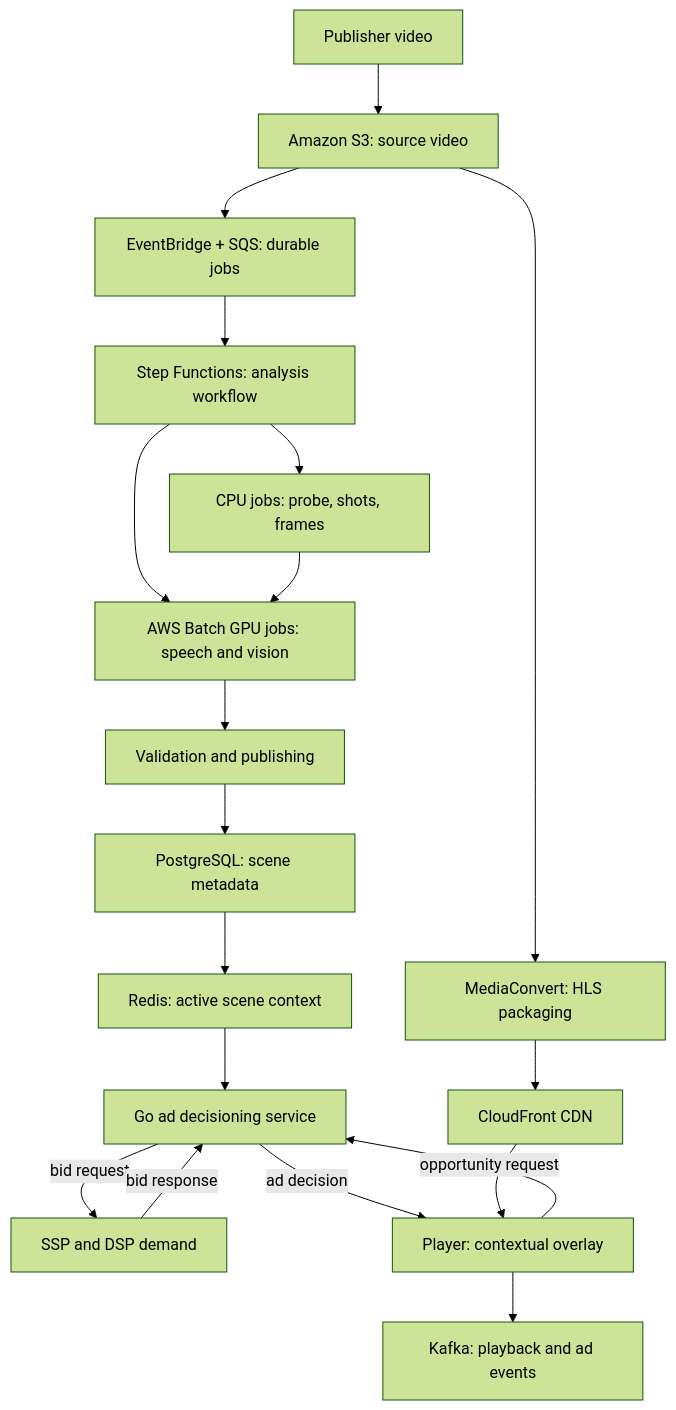
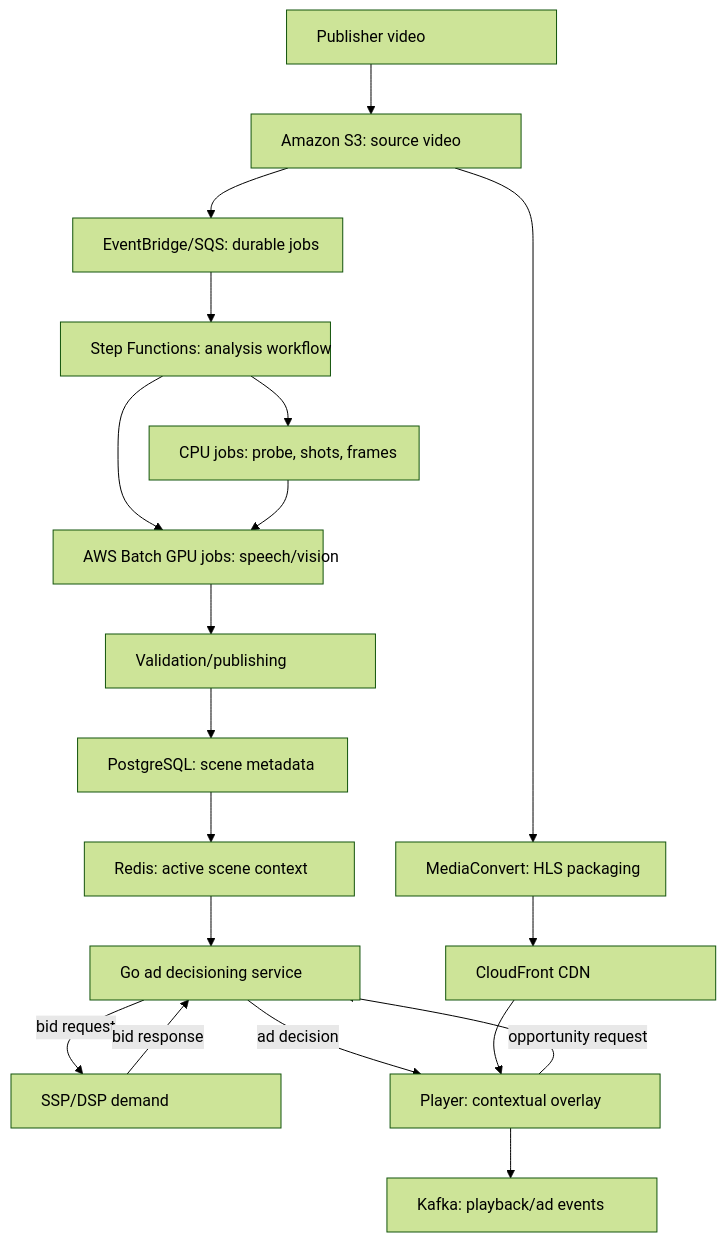
One commit to rayning0/scenebid changed the second of 3 diagrams in README.md. Above: the diagram before and after it, drawn with Mermaid (forest theme). The commit also changed other lines of this file, not shown here.

Commit message:
Make flowchart rectangles wider. Couldn't see text fully in architecture diagrams.

````diff
--- a/README.md
+++ b/README.md
@@ -339,21 +342,24 @@
 ```mermaid
+%%{init: {"flowchart": {"wrappingWidth": 270}}}%%
 flowchart TD
+    classDef wide width:270px;
     P["Publisher video"] --> S["Amazon S3: source video"]
-    S --> Q["EventBridge + SQS: durable jobs"]
+    S --> Q["EventBridge/SQS: durable jobs"]
     Q --> W["Step Functions: analysis workflow"]
     W --> CPU["CPU jobs: probe, shots, frames"]
-    W --> G["AWS Batch GPU jobs: speech and vision"]
+    W --> G["AWS Batch GPU jobs: speech/vision"]
     CPU --> G
-    G --> V["Validation and publishing"]
+    G --> V["Validation/publishing"]
     V --> D["PostgreSQL: scene metadata"]
     D --> R["Redis: active scene context"]
     R --> A["Go ad decisioning service"]
-    A -->|bid request| B["SSP and DSP demand"]
+    A -->|bid request| B["SSP/DSP demand"]
     B -->|bid response| A
     PLAYER["Player: contextual overlay"] -->|opportunity request| A
     A -->|ad decision| PLAYER
     S --> H["MediaConvert: HLS packaging"]
     H --> N["CloudFront CDN"]
     N --> PLAYER
-    PLAYER --> E["Kafka: playback and ad events"]
+    PLAYER --> E["Kafka: playback/ad events"]
+    class P,S,Q,W,CPU,G,V,D,R,A,B,PLAYER,H,N,E wide
 ```
````
